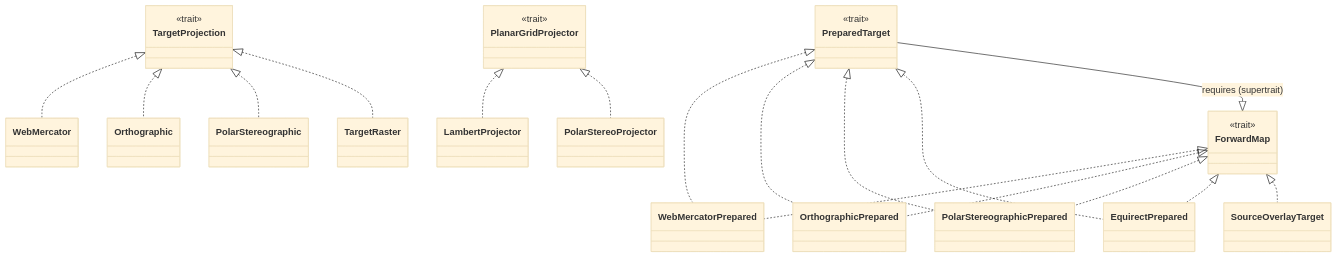
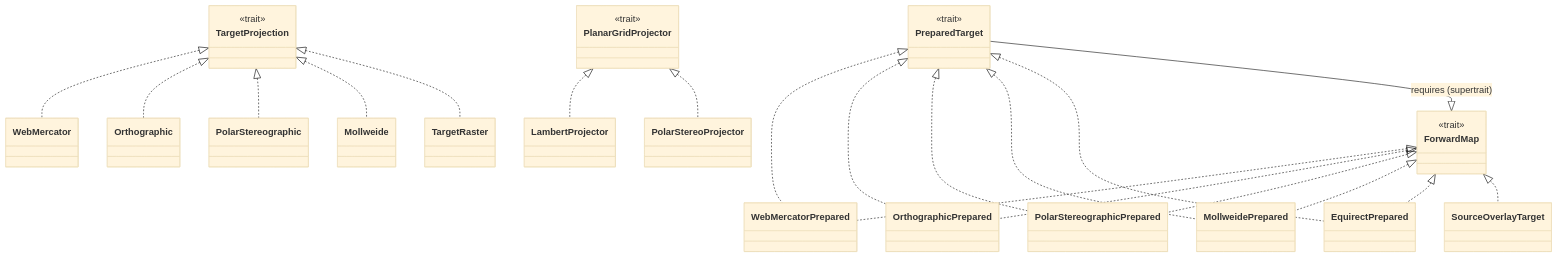
The third of 4 diagrams in docs/architecture/02-trait-seams.md (D0ubleD0uble/fieldglass), drawn with Mermaid (base theme) before and after one commit. The commit also changed 6 other files, not shown here.

First line of the commit message:
feat(core): add Mollweide world map projection (#260)

````diff
--- a/docs/architecture/02-trait-seams.md
+++ b/docs/architecture/02-trait-seams.md
@@ -58,36 +58,39 @@
 ```mermaid
 classDiagram
     class TargetProjection {
         <<trait>>
     }
     class PreparedTarget {
         <<trait>>
     }
     class ForwardMap {
         <<trait>>
     }
     class PlanarGridProjector {
         <<trait>>
     }
 
     TargetProjection <|.. WebMercator
     TargetProjection <|.. Orthographic
     TargetProjection <|.. PolarStereographic
+    TargetProjection <|.. Mollweide
     TargetProjection <|.. TargetRaster
 
     PreparedTarget <|.. WebMercatorPrepared
     PreparedTarget <|.. OrthographicPrepared
     PreparedTarget <|.. PolarStereographicPrepared
+    PreparedTarget <|.. MollweidePrepared
     PreparedTarget <|.. EquirectPrepared
 
     ForwardMap <|.. WebMercatorPrepared
     ForwardMap <|.. OrthographicPrepared
     ForwardMap <|.. PolarStereographicPrepared
+    ForwardMap <|.. MollweidePrepared
     ForwardMap <|.. EquirectPrepared
     ForwardMap <|.. SourceOverlayTarget
 
     PlanarGridProjector <|.. LambertProjector
     PlanarGridProjector <|.. PolarStereoProjector
 
     PreparedTarget --|> ForwardMap : requires (supertrait)
 ```
````
